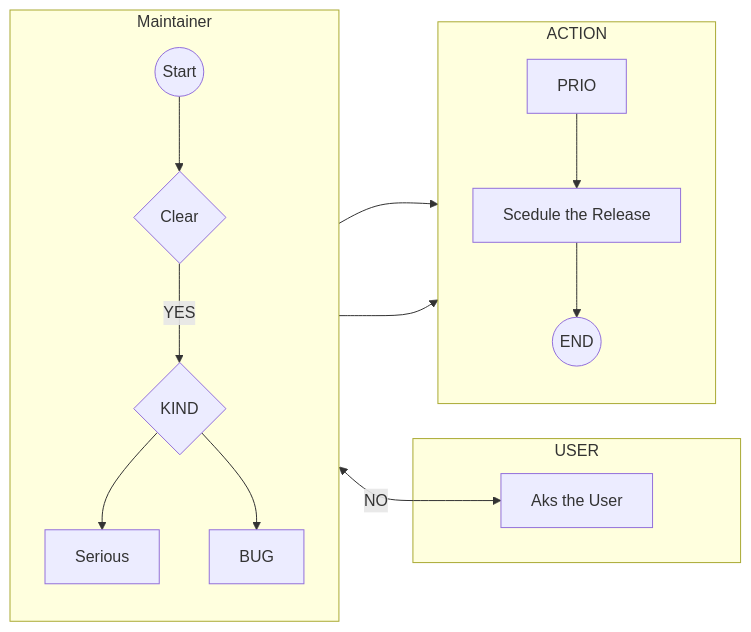
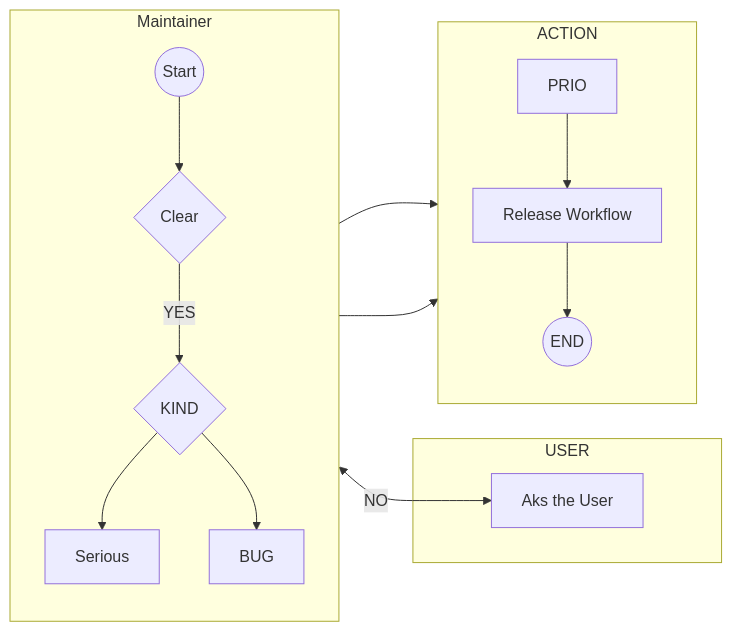
Before and after one commit to GFGMNET/Workspace: the diagram in docs/workflow_bug.md, drawn with Mermaid.

````diff
--- a/docs/workflow_bug.md
+++ b/docs/workflow_bug.md
@@ -1,32 +1,32 @@
 ```mermaid
 flowchart LR
  subgraph Maintainer
   direction TB
   STA@{ shape: circle, label: "Start" }
   DEA[Serious]
   BUG[BUG]
   CLE{Clear}
   KIN{KIND}
  end
  subgraph USER
   COM[Aks the User]
  end
  subgraph ACTION
   direction TB
   SET[PRIO]
-  PLAN[Scedule the Release]
+  PLAN[Release Workflow]
   END@{ shape: circle, label: "END" }
  end
  
  STA --> CLE
  CLE <--> |NO|COM 
  CLE --> |YES|KIN
  KIN --> DEA
  KIN --> BUG
  DEA --> SET
  BUG --> SET
  SET --> PLAN
  PLAN --> END
 
  
 ```
````
